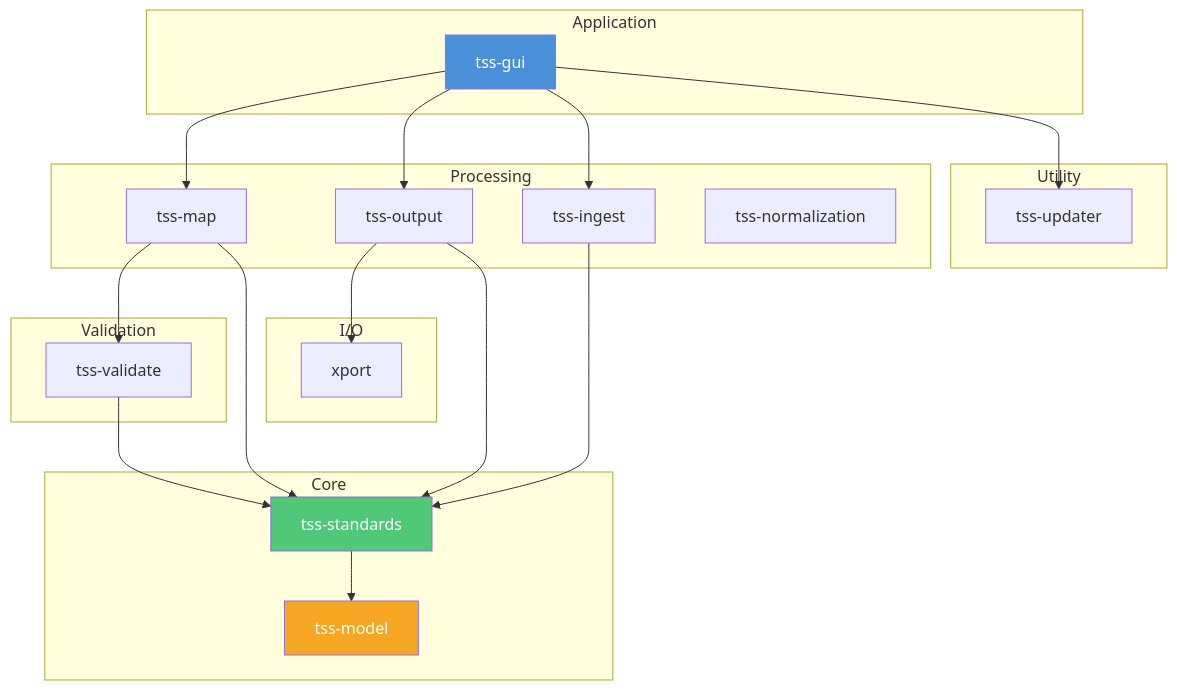
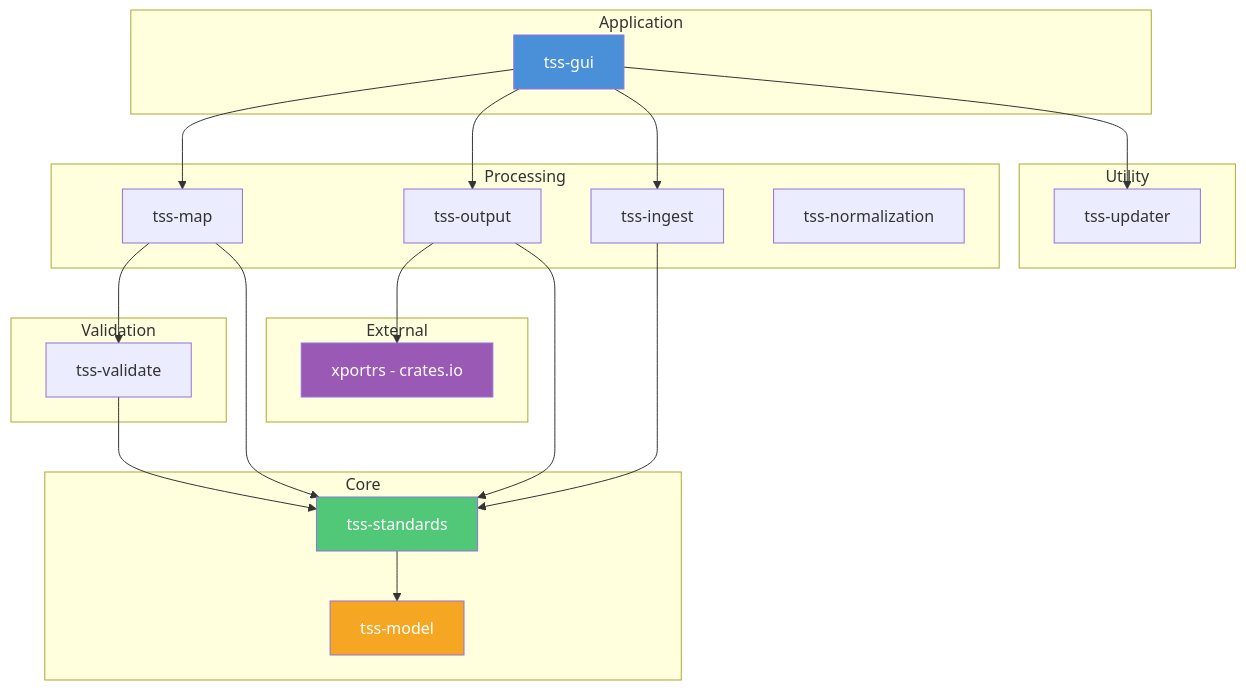
Before and after one commit to rubentalstra/Trial-Submission-Studio: the first of 3 diagrams in docs/src/architecture/overview.md, drawn with Mermaid. The commit also changed other lines of this file and 19 other files, not shown here.

First line of the commit message:
chore: migrate from xport to xportrs crate and update related documentation (#84)

````diff
--- a/docs/src/architecture/overview.md
+++ b/docs/src/architecture/overview.md
@@ -44,45 +43,46 @@
 ```mermaid
 flowchart TD
     subgraph Application
         GUI[tss-gui]
     end
 
     subgraph Processing
         MAP[tss-map]
         OUTPUT[tss-output]
         INGEST[tss-ingest]
         TRANSFORM[tss-normalization]
     end
 
     subgraph Validation
         VALIDATE[tss-validate]
     end
 
-    subgraph I/O
-        XPT[xport]
+    subgraph External
+        XPT[xportrs - crates.io]
     end
 
     subgraph Core
         STANDARDS[tss-standards]
         MODEL[tss-model]
     end
 
     subgraph Utility
         UPDATER[tss-updater]
     end
 
     GUI --> MAP
     GUI --> OUTPUT
     GUI --> INGEST
     GUI --> UPDATER
     MAP --> VALIDATE
     MAP --> STANDARDS
     OUTPUT --> XPT
     OUTPUT --> STANDARDS
     INGEST --> STANDARDS
     VALIDATE --> STANDARDS
     STANDARDS --> MODEL
     style GUI fill: #4a90d9, color: #fff
     style STANDARDS fill: #50c878, color: #fff
     style MODEL fill: #f5a623, color: #fff
+    style XPT fill: #9b59b6, color: #fff
 ```
````
